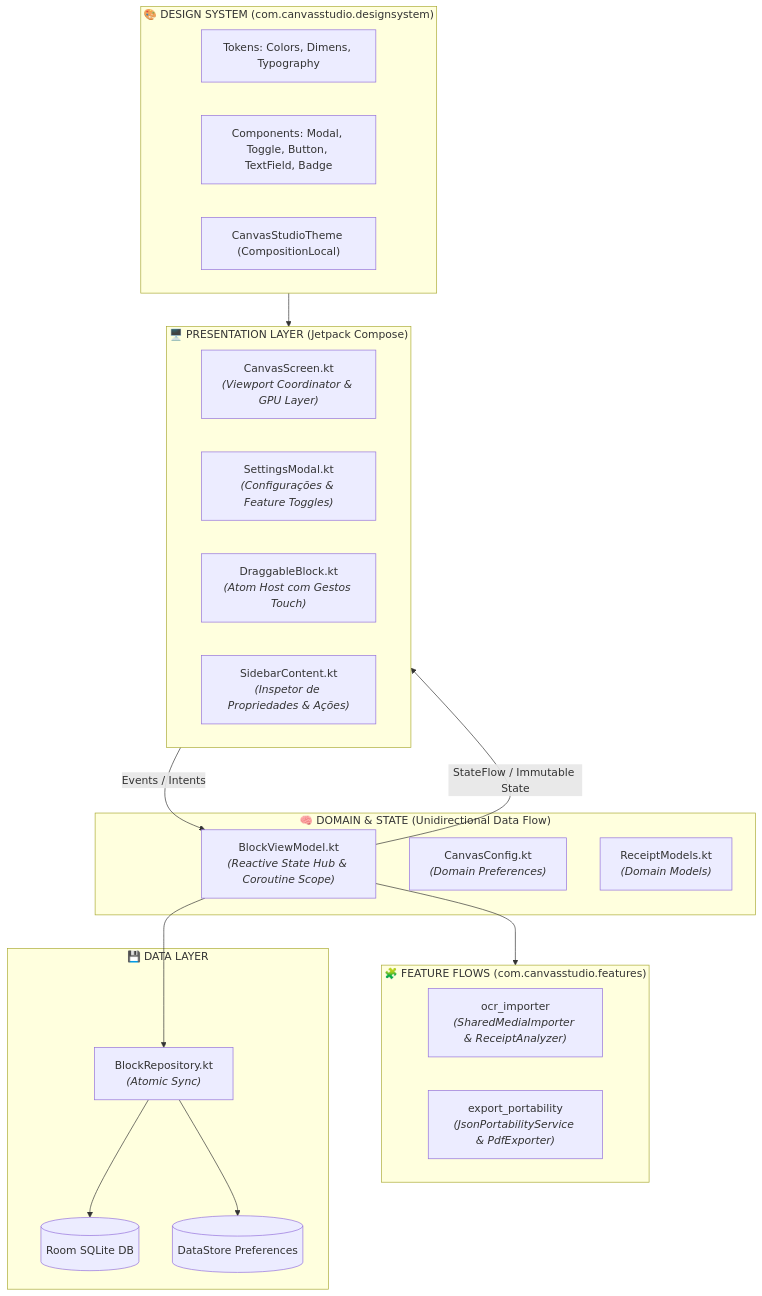
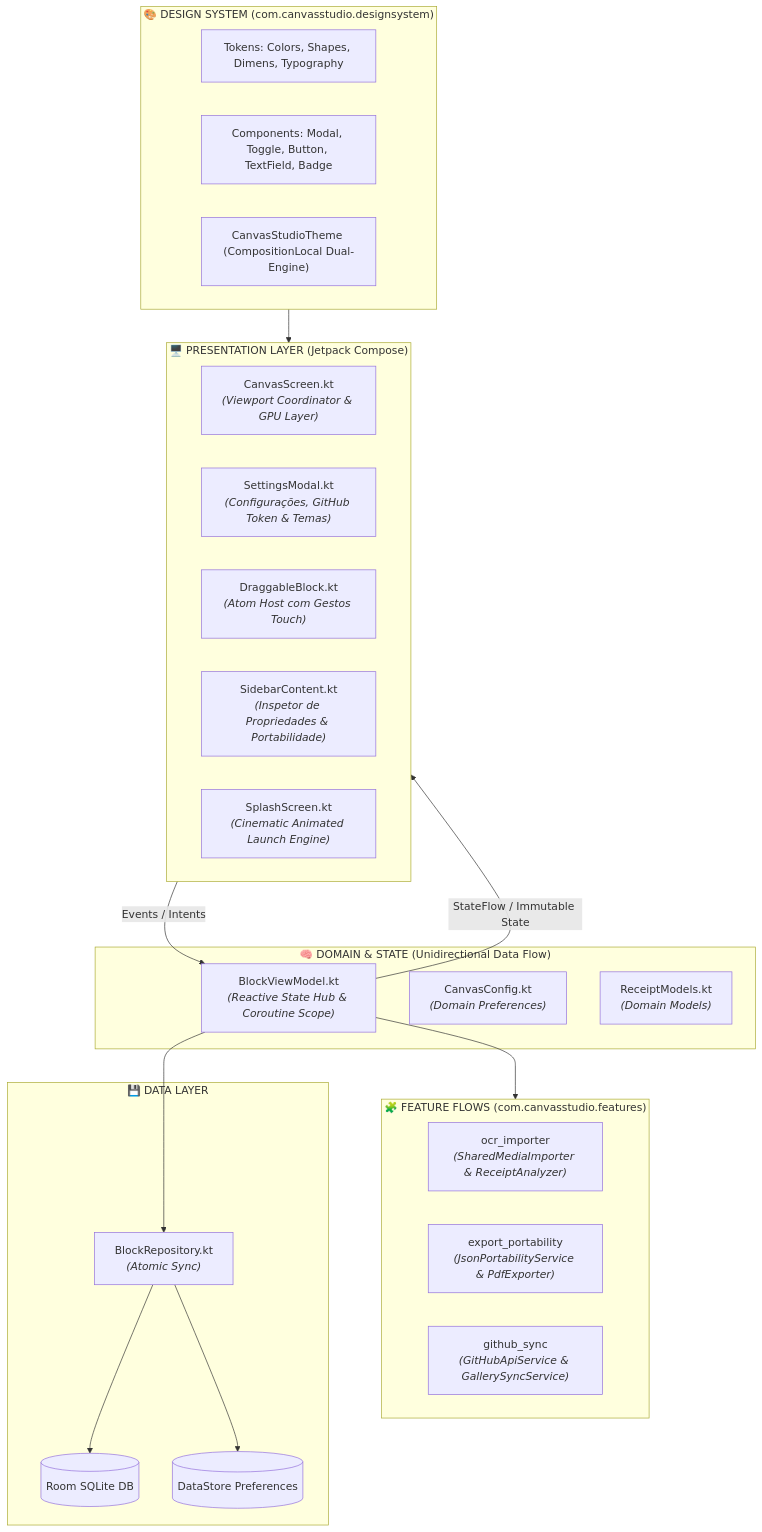
Before and after one commit to SollonSoares/canvas-studio-compose: the first of 3 diagrams in README.md, drawn with Mermaid. The commit also changed other lines of this file, not shown here.

Commit message:
docs: update README with dual design system, animated splash screen and GitHub API sync

````diff
--- a/README.md
+++ b/README.md
@@ -75,40 +96,42 @@
 ```mermaid
 graph TD
     subgraph UI_LAYER ["🖥️ PRESENTATION LAYER (Jetpack Compose)"]
         CS["CanvasScreen.kt<br/><i>(Viewport Coordinator & GPU Layer)</i>"]
-        SM["SettingsModal.kt<br/><i>(Configurações & Feature Toggles)</i>"]
+        SM["SettingsModal.kt<br/><i>(Configurações, GitHub Token & Temas)</i>"]
         DB["DraggableBlock.kt<br/><i>(Atom Host com Gestos Touch)</i>"]
-        IN["SidebarContent.kt<br/><i>(Inspetor de Propriedades & Ações)</i>"]
+        IN["SidebarContent.kt<br/><i>(Inspetor de Propriedades & Portabilidade)</i>"]
+        SP["SplashScreen.kt<br/><i>(Cinematic Animated Launch Engine)</i>"]
     end
 
     subgraph DESIGN_SYSTEM ["🎨 DESIGN SYSTEM (com.canvasstudio.designsystem)"]
-        DS_Tokens["Tokens: Colors, Dimens, Typography"]
+        DS_Tokens["Tokens: Colors, Shapes, Dimens, Typography"]
         DS_Components["Components: Modal, Toggle, Button, TextField, Badge"]
-        DS_Theme["CanvasStudioTheme (CompositionLocal)"]
+        DS_Theme["CanvasStudioTheme (CompositionLocal Dual-Engine)"]
     end
 
     subgraph FEATURE_FLOWS ["🧩 FEATURE FLOWS (com.canvasstudio.features)"]
         OCR_FLOW["ocr_importer<br/><i>(SharedMediaImporter & ReceiptAnalyzer)</i>"]
         PORT_FLOW["export_portability<br/><i>(JsonPortabilityService & PdfExporter)</i>"]
+        GH_FLOW["github_sync<br/><i>(GitHubApiService & GallerySyncService)</i>"]
     end
 
     subgraph DOMAIN_CORE ["🧠 DOMAIN & STATE (Unidirectional Data Flow)"]
         VM["BlockViewModel.kt<br/><i>(Reactive State Hub & Coroutine Scope)</i>"]
         CFG["CanvasConfig.kt<br/><i>(Domain Preferences)</i>"]
         RM["ReceiptModels.kt<br/><i>(Domain Models)</i>"]
     end
 
     subgraph DATA_PERSISTENCE ["💾 DATA LAYER"]
         REPO["BlockRepository.kt<br/><i>(Atomic Sync)</i>"]
         ROOM[("Room SQLite DB")]
         DSTORE[("DataStore Preferences")]
     end
 
     DESIGN_SYSTEM --> UI_LAYER
     UI_LAYER -->|Events / Intents| VM
     VM -->|StateFlow / Immutable State| UI_LAYER
     VM --> FEATURE_FLOWS
     VM --> REPO
     REPO --> ROOM
     REPO --> DSTORE
 ```
````
